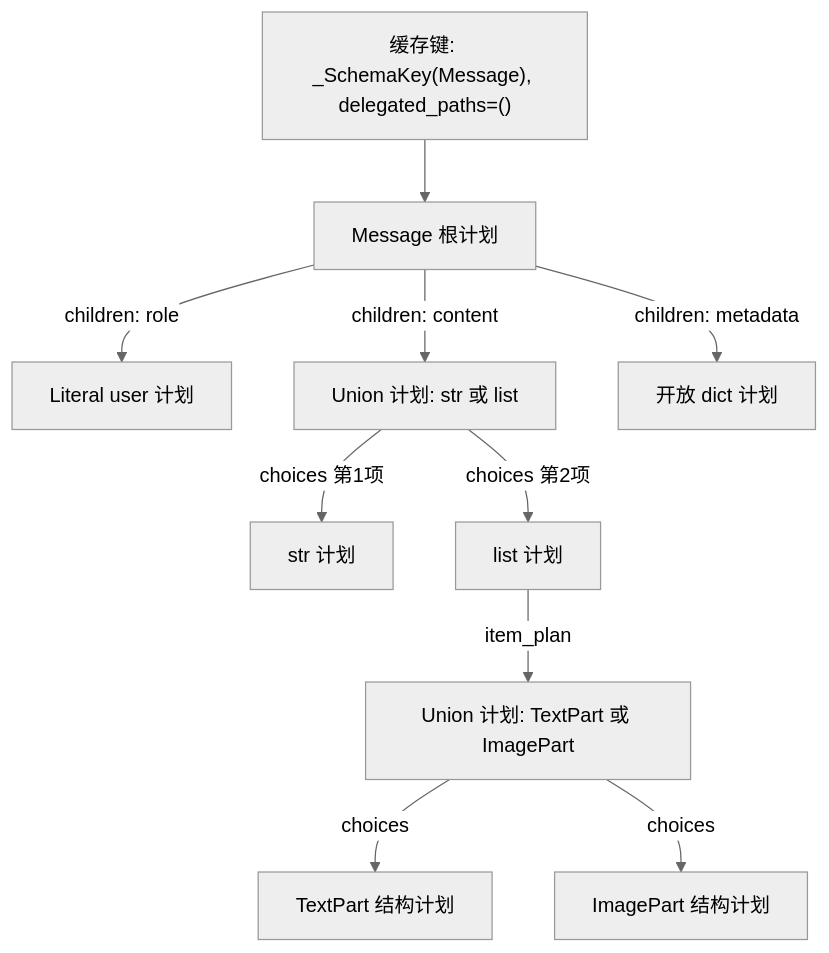
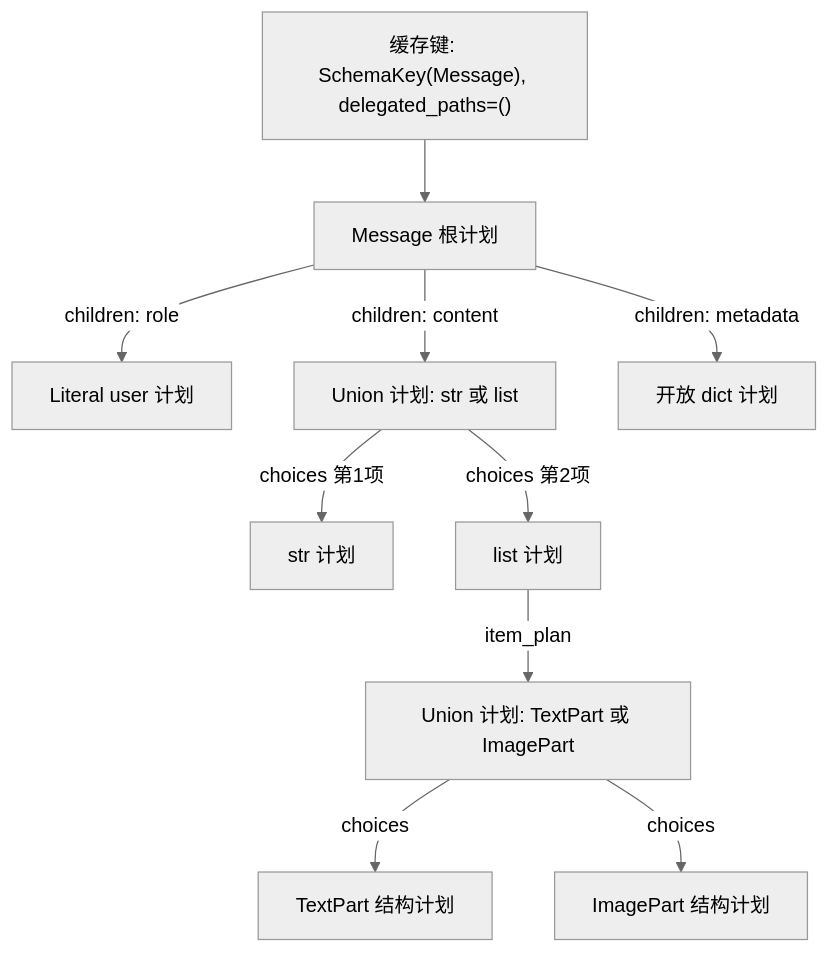
The diagram in docs/design/schema-filter-cache.md (JJJJSTIYYYY/my-llm), drawn with Mermaid (neutral theme) before and after one commit. The commit also changed other lines of this file and 32 other files, not shown here.

````diff
--- a/docs/design/schema-filter-cache.md
+++ b/docs/design/schema-filter-cache.md
@@ -170,12 +173,12 @@
 ```mermaid
 flowchart TD
-    K["缓存键: _SchemaKey(Message), delegated_paths=()"] --> M["Message 根计划"]
+    K["缓存键: SchemaKey(Message), delegated_paths=()"] --> M["Message 根计划"]
     M -->|"children: role"| R["Literal user 计划"]
     M -->|"children: content"| C["Union 计划: str 或 list"]
     M -->|"children: metadata"| D["开放 dict 计划"]
     C -->|"choices 第1项"| S["str 计划"]
     C -->|"choices 第2项"| L["list 计划"]
     L -->|item_plan| U["Union 计划: TextPart 或 ImagePart"]
     U -->|choices| T["TextPart 结构计划"]
     U -->|choices| I["ImagePart 结构计划"]
 ```
````
